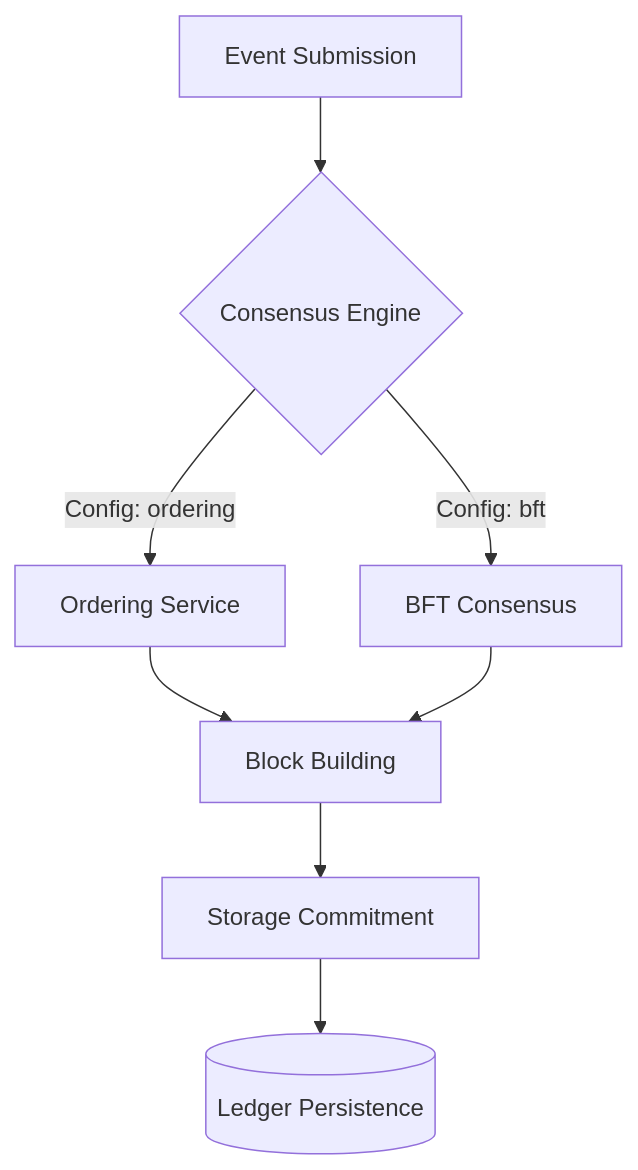
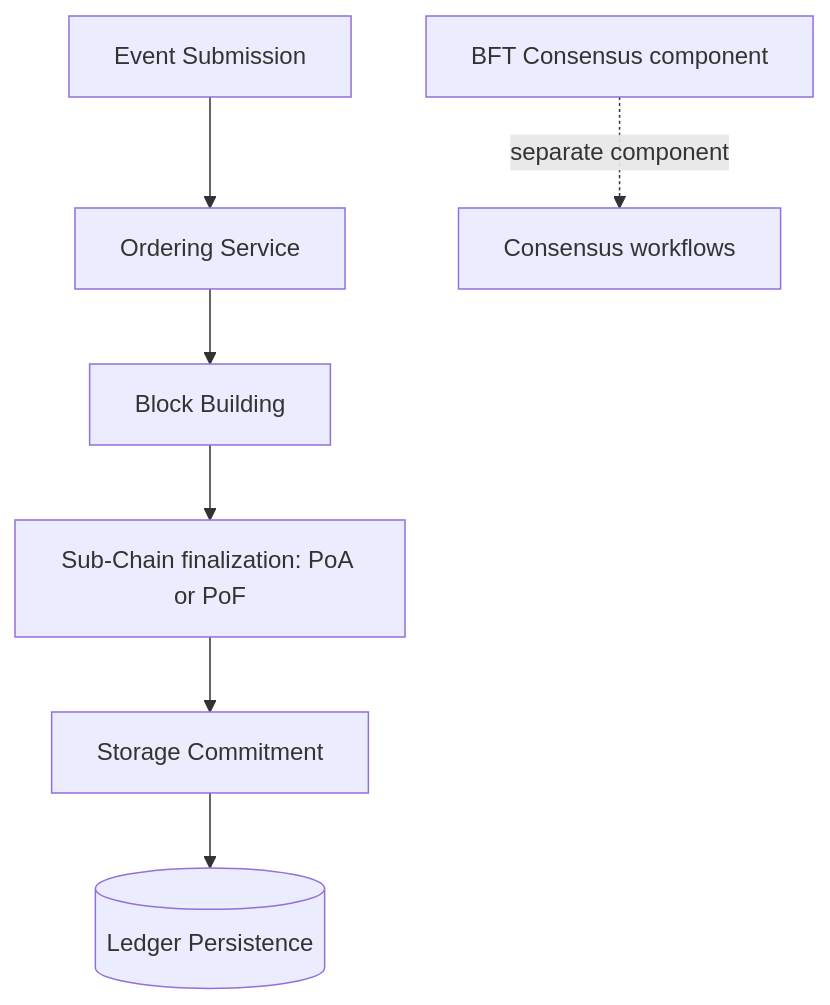
The diagram in docs/en/modules/consensus.md (VanDung-dev/HieraChain), drawn with Mermaid before and after one commit. The commit also changed other lines of this file and 53 other files, not shown here.

First line of the commit message:
docs(event-workflow): update event submission and streaming documentation

````diff
--- a/docs/en/modules/consensus.md
+++ b/docs/en/modules/consensus.md
@@ -53,12 +53,9 @@
 ```mermaid
 graph TD
-    A[Event Submission] --> B{Consensus Engine}
-    B -- Config: ordering --> C[Ordering Service]
-    B -- Config: bft --> D[BFT Consensus]
-    
-    C --> E[Block Building]
-    D --> E
-    
-    E --> F[Storage Commitment]
-    F --> G[(Ledger Persistence)]
+    A[Event Submission] --> B[Ordering Service]
+    B --> C[Block Building]
+    C --> D[Sub-Chain finalization: PoA or PoF]
+    D --> E[Storage Commitment]
+    E --> F[(Ledger Persistence)]
+    G[BFT Consensus component] -. separate component .-> H[Consensus workflows]
 ```
````
